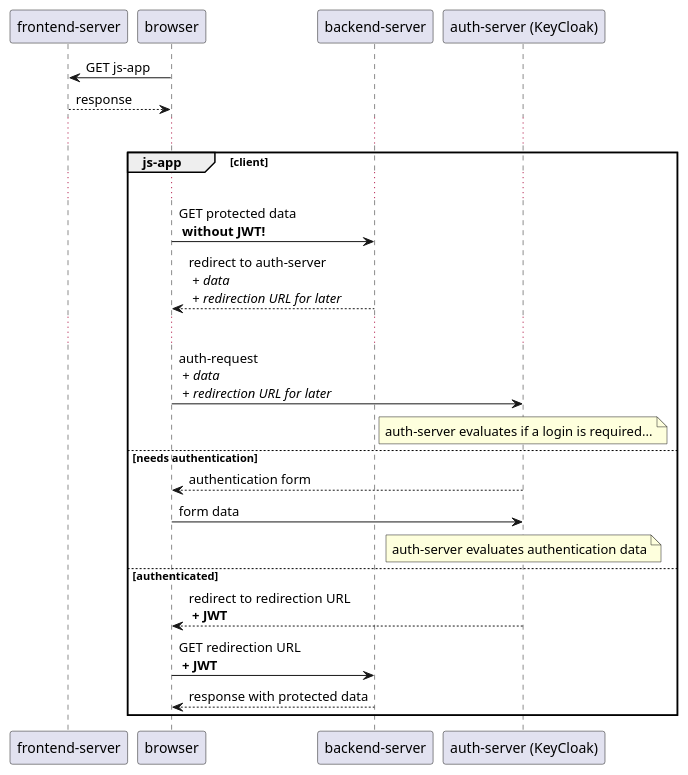
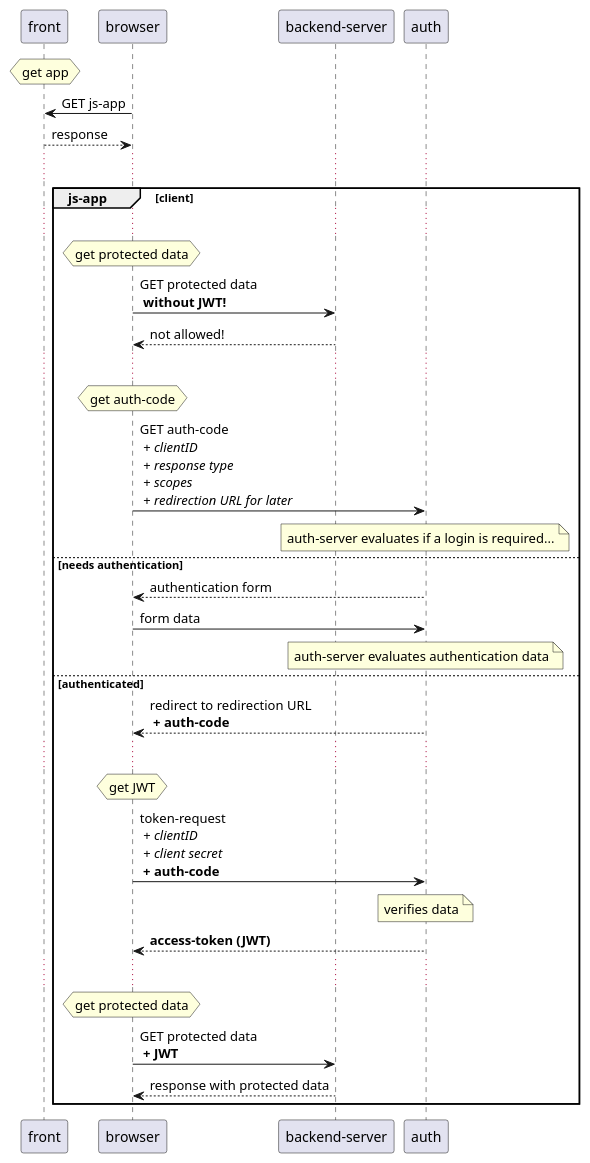
The diagram in iuml/keycloak-oauth-flow.iuml (Zeno-Paukner/htl), drawn with PlantUML before and after one commit.

Commit message:
update keycloak oauth flow

```diff
--- a/iuml/keycloak-oauth-flow.iuml
+++ b/iuml/keycloak-oauth-flow.iuml
@@ -1,35 +1,51 @@
 @startuml oauth-flow
 
+hnote over front : get app
 "frontend-server" as front <- browser : GET js-app
 browser <-- front : response
 ...
 
 group js-app [client]
-
-...
-browser -> "backend-server" as back : GET protected data\n <b>without JWT!</b>
-back --> browser : redirect to auth-server\n<i> + data</i>\n<i> + redirection URL for later</i>
 ...
 
-browser -> "auth-server (KeyCloak)" as auth : auth-request\n<i> + data</i>\n<i> + redirection URL for later</i>
+hnote over browser : get protected data
+browser -> "backend-server" as back : GET protected data\n <b>without JWT!</b>
+back --> browser : not allowed!
+...
+
+hnote over browser : get auth-code
+browser -> auth : GET auth-code\n<i> + clientID\n<i> + response type\n<i> + scopes</i>\n<i> + redirection URL for later</i>
 
 note over auth
 auth-server evaluates if a login is required...
 end note
 
 else needs authentication
 auth --> browser : authentication form
 browser -> auth : form data
 
 note over auth
 auth-server evaluates authentication data
 end note
 
 else authenticated
-auth --> browser : redirect to redirection URL\n <b>+ JWT</b>
-browser -> back : GET redirection URL\n <b>+ JWT</b>
+auth --> browser : redirect to redirection URL\n <b>+ auth-code</b>
+...
+
+hnote over browser : get JWT
+browser -> auth : token-request\n<i> + clientID\n<i> + client secret\n<b> + auth-code</b>
+
+note over auth
+verifies data
+end note
+
+auth --> browser : <b>access-token (JWT)</b>
+...
+
+hnote over browser : get protected data
+browser -> back : GET protected data\n <b>+ JWT</b>
 back --> browser : response with protected data
 
 end
 
 @enduml
```
